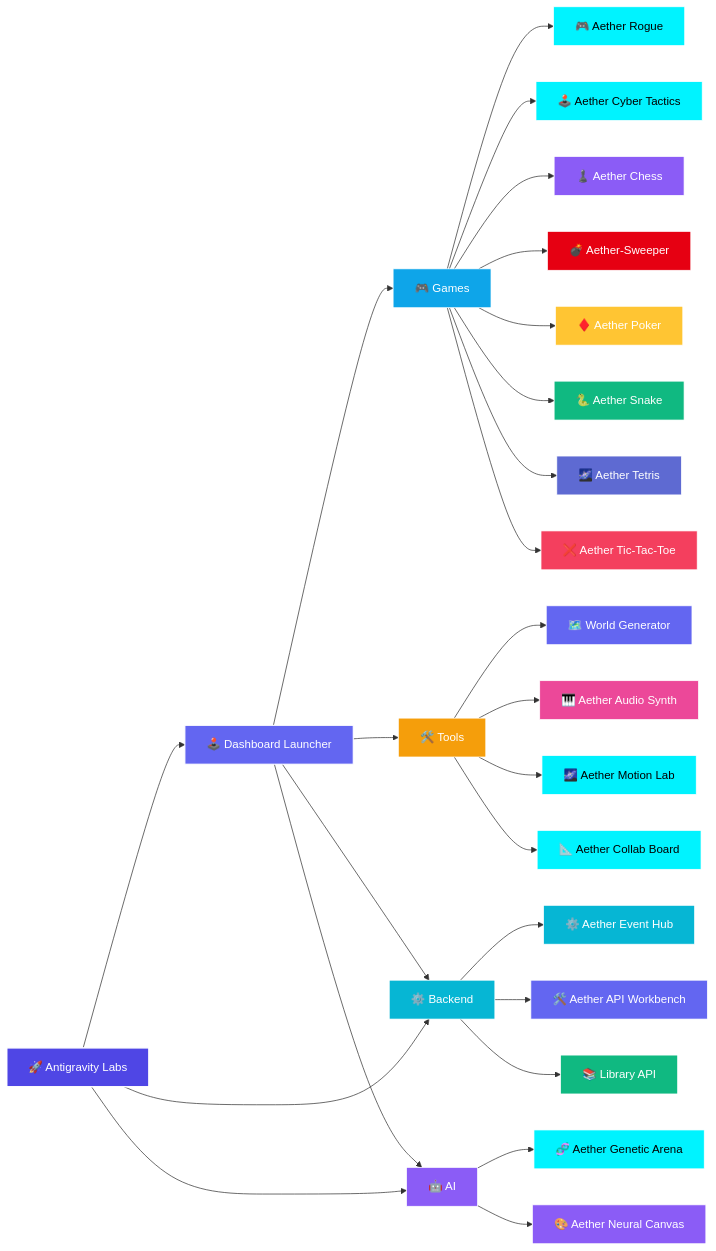
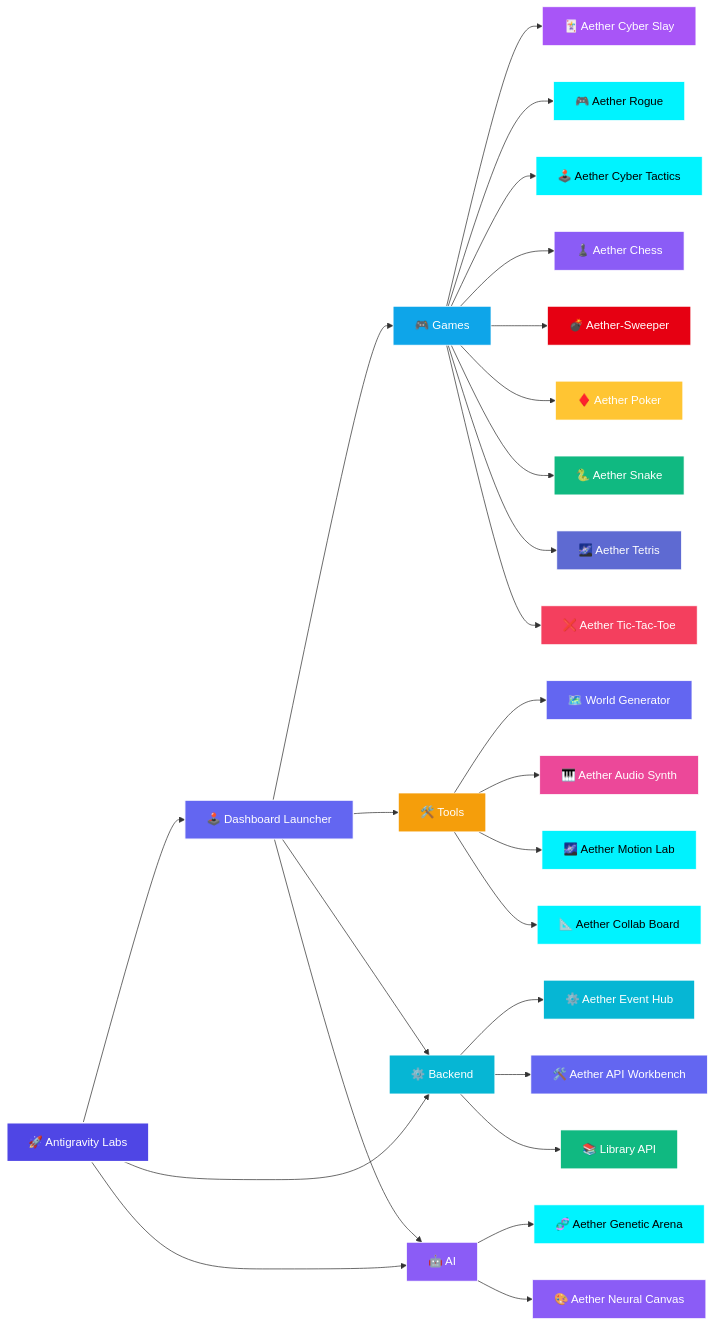
The diagram in README.md (Leturnos/antigravity-labs), drawn with Mermaid before and after one commit. The commit also changed other lines of this file and 4 other files, not shown here.

Commit message:
feat(cyber-slay): integrate with central dashboard launcher, highscores API and documentation

````diff
--- a/README.md
+++ b/README.md
@@ -42,59 +43,61 @@
 ```mermaid
 flowchart LR
     Root["🚀 Antigravity Labs"]
     Launcher["🕹️ Dashboard Launcher"]
 
     Root --> Launcher
     Root --> Backend["⚙️ Backend"]
     Root --> AI["🤖 AI"]
 
     Launcher --> Games["🎮 Games"]
     Launcher --> Tools["🛠️ Tools"]
     Launcher --> AI["🤖 AI"]
     Launcher --> Backend["⚙️ Backend"]
 
+    Games --> CyberSlay["🃏 Aether Cyber Slay"]
     Games --> Rogue["🎮 Aether Rogue"]
     Games --> Tactics["🕹️ Aether Cyber Tactics"]
     Games --> Chess["♟️ Aether Chess"]
     Games --> Sweeper["💣 Aether-Sweeper"]
     Games --> Poker["♦️ Aether Poker"]
     Games --> Snake["🐍 Aether Snake"]
     Games --> Tetris["🌌 Aether Tetris"]
     Games --> TicTacToe["❌ Aether Tic-Tac-Toe"]
 
     Backend --> EventHub["⚙️ Aether Event Hub"]
     Backend --> APIWorkbench["🛠️ Aether API Workbench"]
     Backend --> LibraryAPI["📚 Library API"]
     
     Tools --> WorldGen["🗺️ World Generator"]
     Tools --> AudioSynth["🎹 Aether Audio Synth"]
     Tools --> MotionLab["🌌 Aether Motion Lab"]
     Tools --> CollabBoard["📐 Aether Collab Board"]
 
     AI --> GeneticArena["🧬 Aether Genetic Arena"]
     AI --> NeuralCanvas["🎨 Aether Neural Canvas"]
 
     style Root fill:#4f46e5,stroke:#fff,stroke-width:2px,color:#fff
     style Launcher fill:#6366f1,stroke:#fff,stroke-width:1.5px,color:#fff
     style Games fill:#0ea5e9,stroke:#fff,stroke-width:1px,color:#fff
     style Backend fill:#06b6d4,stroke:#fff,stroke-width:1px,color:#fff
     style AI fill:#8b5cf6,stroke:#fff,stroke-width:1px,color:#fff
     style Tools fill:#f59e0b,stroke:#fff,stroke-width:1px,color:#fff
+    style CyberSlay fill:#a855f7,stroke:#fff,stroke-width:1px,color:#fff
     style Rogue fill:#00f3ff,stroke:#fff,stroke-width:1px,color:#000
     style Tactics fill:#00f3ff,stroke:#fff,stroke-width:1px,color:#000
     style Chess fill:#8b5cf6,stroke:#fff,stroke-width:1px,color:#fff
     style Sweeper fill:#e60012,stroke:#fff,stroke-width:1px,color:#fff
     style Poker fill:#ffc533,stroke:#fff,stroke-width:1px,color:#fff
     style Snake fill:#10b981,stroke:#fff,stroke-width:1px,color:#fff
     style Tetris fill:#5e6ad2,stroke:#fff,stroke-width:1px,color:#fff
     style TicTacToe fill:#f43f5e,stroke:#fff,stroke-width:1px,color:#fff
     style EventHub fill:#06b6d4,stroke:#fff,stroke-width:1px,color:#fff
     style APIWorkbench fill:#6366f1,stroke:#fff,stroke-width:1px,color:#fff
     style LibraryAPI fill:#10b981,stroke:#fff,stroke-width:1px,color:#fff
     style WorldGen fill:#6366f1,stroke:#fff,stroke-width:1px,color:#fff
     style AudioSynth fill:#ec4899,stroke:#fff,stroke-width:1px,color:#fff
     style MotionLab fill:#00f2fe,stroke:#fff,stroke-width:1px,color:#000
     style CollabBoard fill:#00f3ff,stroke:#fff,stroke-width:1px,color:#000
     style GeneticArena fill:#00f3ff,stroke:#fff,stroke-width:1px,color:#000
     style NeuralCanvas fill:#8b5cf6,stroke:#fff,stroke-width:1px,color:#fff
 ```
````
